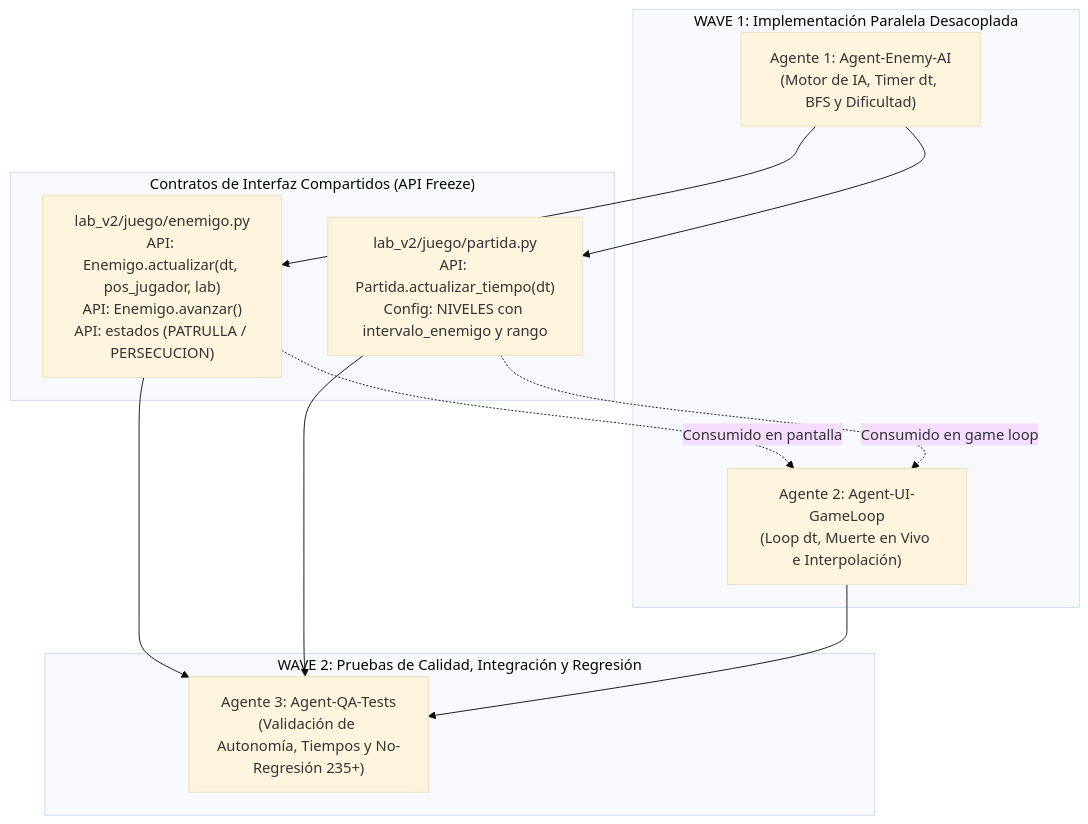
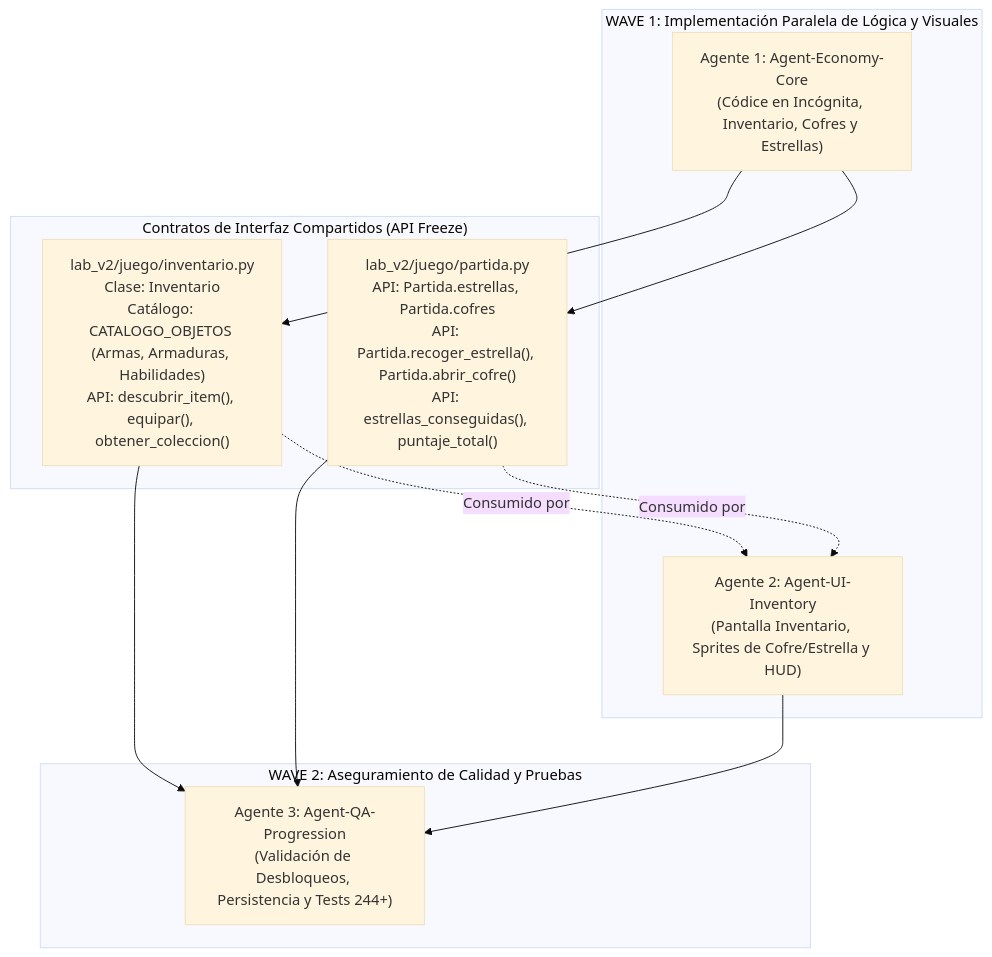
The diagram in TASKS.md (Montoyaescobar/Un-juego-sobre-un-laberinto), drawn with Mermaid (base theme) before and after one commit. The commit also changed other lines of this file, not shown here.

Commit message:
Plan de Orquestación Multi-Agente: Sistema de Coleccionables (Estrellas y Cofres), Códice Oculto (Objetos en Incógnita) e Inventario de Equipamiento

````diff
--- a/TASKS.md
+++ b/TASKS.md
@@ -20,24 +19,24 @@
 ```mermaid
 graph TD
-    subgraph "WAVE 1: Implementación Paralela Desacoplada"
-        A1["Agente 1: Agent-Enemy-AI<br/>(Motor de IA, Timer dt, BFS y Dificultad)"]
-        A2["Agente 2: Agent-UI-GameLoop<br/>(Loop dt, Muerte en Vivo e Interpolación)"]
+    subgraph "WAVE 1: Implementación Paralela de Lógica y Visuales"
+        A1["Agente 1: Agent-Economy-Core<br/>(Códice en Incógnita, Inventario, Cofres y Estrellas)"]
+        A2["Agente 2: Agent-UI-Inventory<br/>(Pantalla Inventario, Sprites de Cofre/Estrella y HUD)"]
     end
 
     subgraph "Contratos de Interfaz Compartidos (API Freeze)"
-        C1["lab_v2/juego/enemigo.py<br/>API: Enemigo.actualizar(dt, pos_jugador, lab)<br/>API: Enemigo.avanzar()<br/>API: estados (PATRULLA / PERSECUCION)"]
-        C2["lab_v2/juego/partida.py<br/>API: Partida.actualizar_tiempo(dt)<br/>Config: NIVELES con intervalo_enemigo y rango"]
+        C1["lab_v2/juego/inventario.py<br/>Clase: Inventario<br/>Catálogo: CATALOGO_OBJETOS (Armas, Armaduras, Habilidades)<br/>API: descubrir_item(), equipar(), obtener_coleccion()"]
+        C2["lab_v2/juego/partida.py<br/>API: Partida.estrellas, Partida.cofres<br/>API: Partida.recoger_estrella(), Partida.abrir_cofre()<br/>API: estrellas_conseguidas(), puntaje_total()"]
     end
 
-    subgraph "WAVE 2: Pruebas de Calidad, Integración y Regresión"
-        A3["Agente 3: Agent-QA-Tests<br/>(Validación de Autonomía, Tiempos y No-Regresión 235+)"]
+    subgraph "WAVE 2: Aseguramiento de Calidad y Pruebas"
+        A3["Agente 3: Agent-QA-Progression<br/>(Validación de Desbloqueos, Persistencia y Tests 244+)"]
     end
 
     A1 --> C1
     A1 --> C2
-    C1 -. Consumido en pantalla .-> A2
-    C2 -. Consumido en game loop .-> A2
+    C1 -. Consumido por .-> A2
+    C2 -. Consumido por .-> A2
     C1 --> A3
     C2 --> A3
     A2 --> A3
 ```
````
